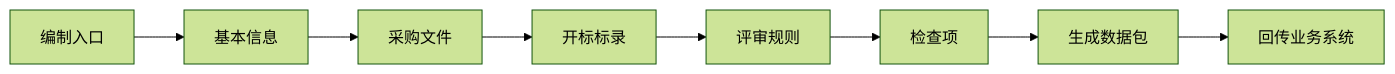
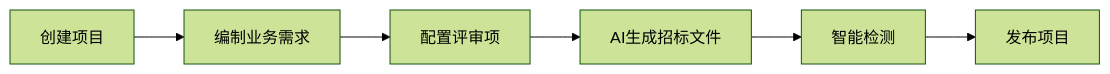
The third of 8 diagrams in docs/guides/系统架构设计文档.md (DrunkFood/First), drawn with Mermaid (forest theme) before and after one commit. The commit also changed other lines of this file and 9 other files, not shown here.

````diff
--- a/docs/guides/系统架构设计文档.md
+++ b/docs/guides/系统架构设计文档.md
@@ -241,10 +255,8 @@
 ```mermaid
 graph LR
-    A[编制入口] --> B[基本信息]
-    B --> C[采购文件]
-    C --> D[开标标录]
-    D --> E[评审规则]
-    E --> F[检查项]
-    F --> G[生成数据包]
-    G --> H[回传业务系统]
+    A[创建项目] --> B[编制业务需求]
+    B --> C[配置评审项]
+    C --> D[AI生成招标文件]
+    D --> E[智能检测]
+    E --> F[发布项目]
 ```
````
